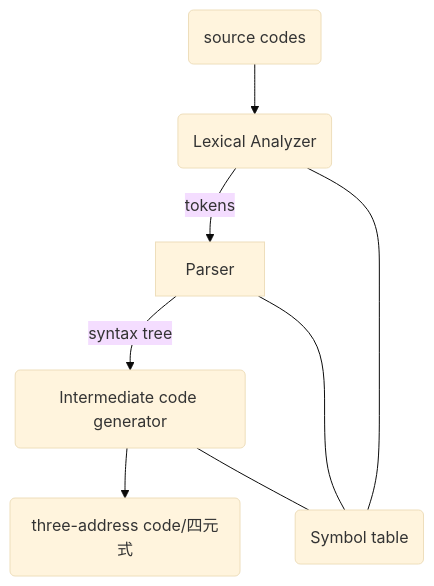
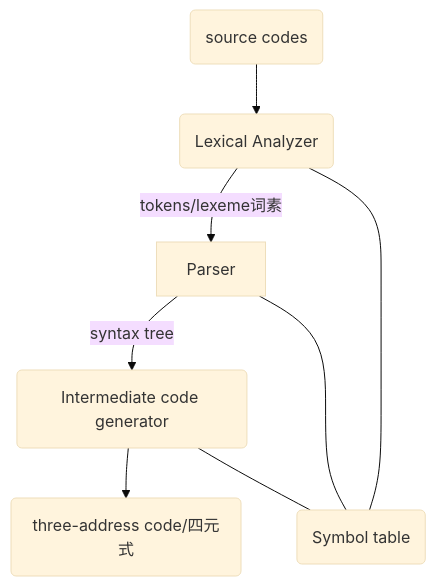
The second of 2 diagrams in 编译原理学习笔记.md (DCMMC/Notes), drawn with Mermaid (base theme) before and after one commit. The commit also changed other lines of this file, not shown here.

Commit message:
修改文件: 编译原理学习笔记.md

````diff
--- a/编译原理学习笔记.md
+++ b/编译原理学习笔记.md
@@ -60,10 +60,10 @@
 ```mermaid!
 graph TD;
 	id0(source codes)-->id1(Lexical Analyzer);
-	id1(Lexical Analyzer)-- tokens -->Parser;
+	id1(Lexical Analyzer)-- tokens/lexeme词素 -->Parser;
 	Parser-- syntax tree -->id2(Intermediate code generator);
 	id2--> id3(three-address code/四元式);
 	id1---id4(Symbol table);
 	Parser---id4;
 	id2---id4;
 ```
````
